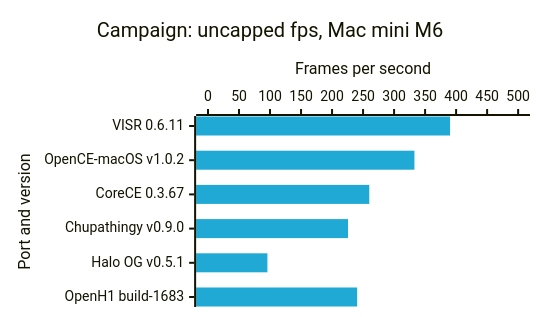
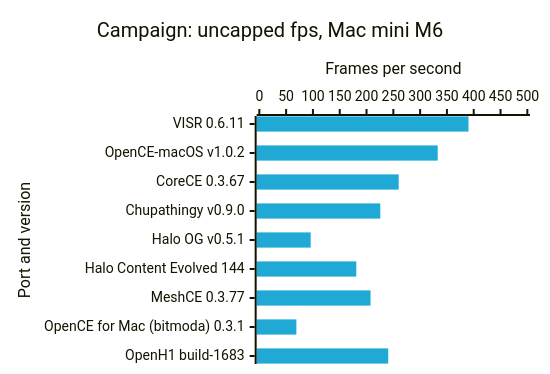
One commit to VISR-CE/visr changed the second of 8 diagrams in docs/benchmarks.md. Above: the diagram before and after it, drawn with Mermaid. The commit also changed other lines of this file and 3 other files, not shown here.

First line of the commit message:
📊 data(benchmark): add OpenCE for Mac (bitmoda) 0.3.1, MeshCE 0.3.77 and Halo Content Evolved build 144 on the M6 Mac mini — Campaign and Combat windows at 2560x1920 with the display at 240 Hz, three rounds each; the Halo Content Evolved a50-hangar window is left out because its third round failed

````diff
--- a/docs/benchmarks.md
+++ b/docs/benchmarks.md
@@ -49,16 +49,16 @@
 ```mermaid
 ---
 config:
   xyChart:
     width: 520
-    height: 297
+    height: 354
   themeVariables:
     xyChart:
       plotColorPalette: "#1fa9d4, #ffc24d"
 ---
 xychart-beta horizontal
     title "Campaign: uncapped fps, Mac mini M6"
-    x-axis "Port and version" ["VISR 0.6.11", "OpenCE-macOS v1.0.2", "CoreCE 0.3.67", "Chupathingy v0.9.0", "Halo OG v0.5.1", "OpenH1 build-1683"]
+    x-axis "Port and version" ["VISR 0.6.11", "OpenCE-macOS v1.0.2", "CoreCE 0.3.67", "Chupathingy v0.9.0", "Halo OG v0.5.1", "Halo Content Evolved 144", "MeshCE 0.3.77", "OpenCE for Mac (bitmoda) 0.3.1", "OpenH1 build-1683"]
     y-axis "Frames per second" 0 --> 500
-    bar [390.2, 332.8, 260, 225.7, 95.8, 240.5]
+    bar [390.2, 332.8, 260, 225.7, 95.8, 180.9, 207.5, 69.1, 240.5]
 ```
````
